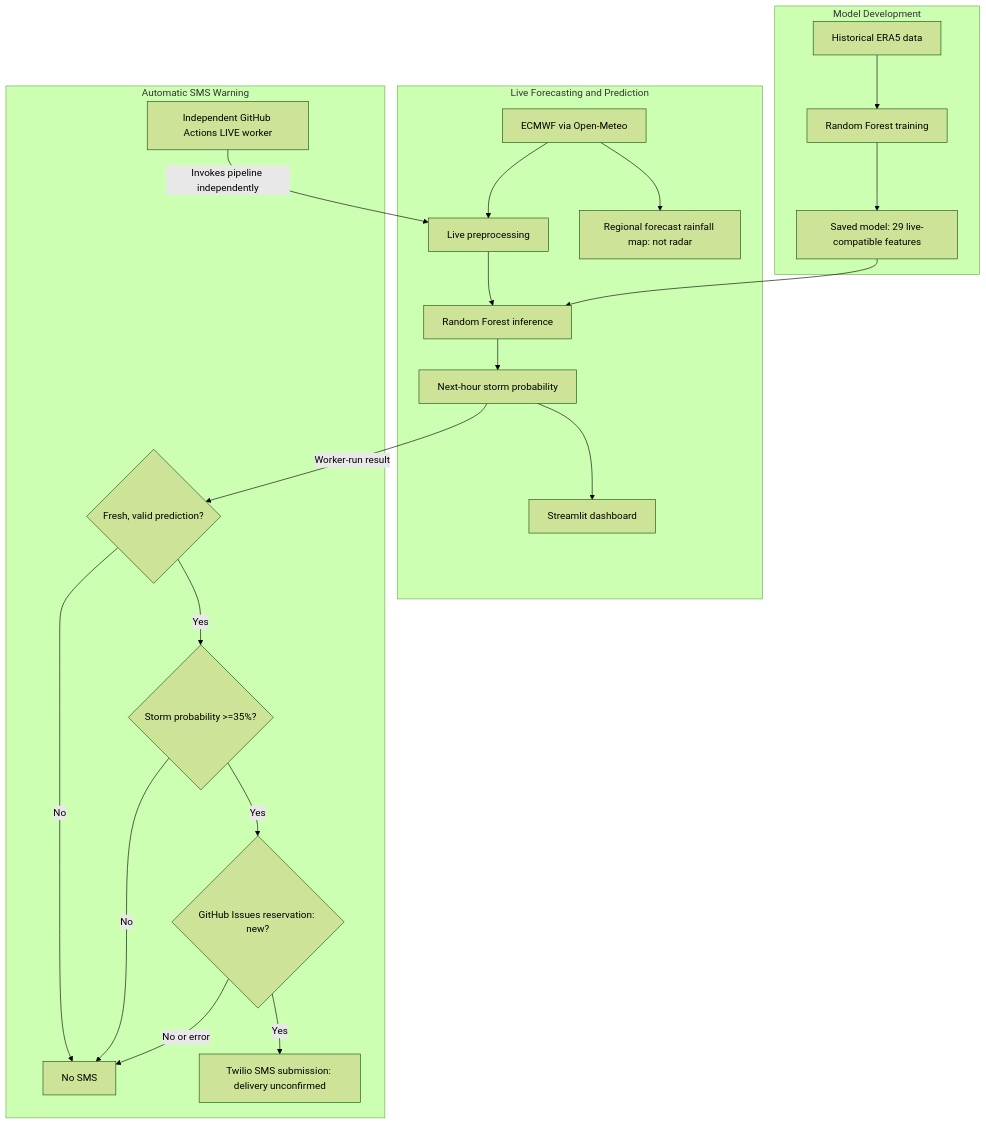
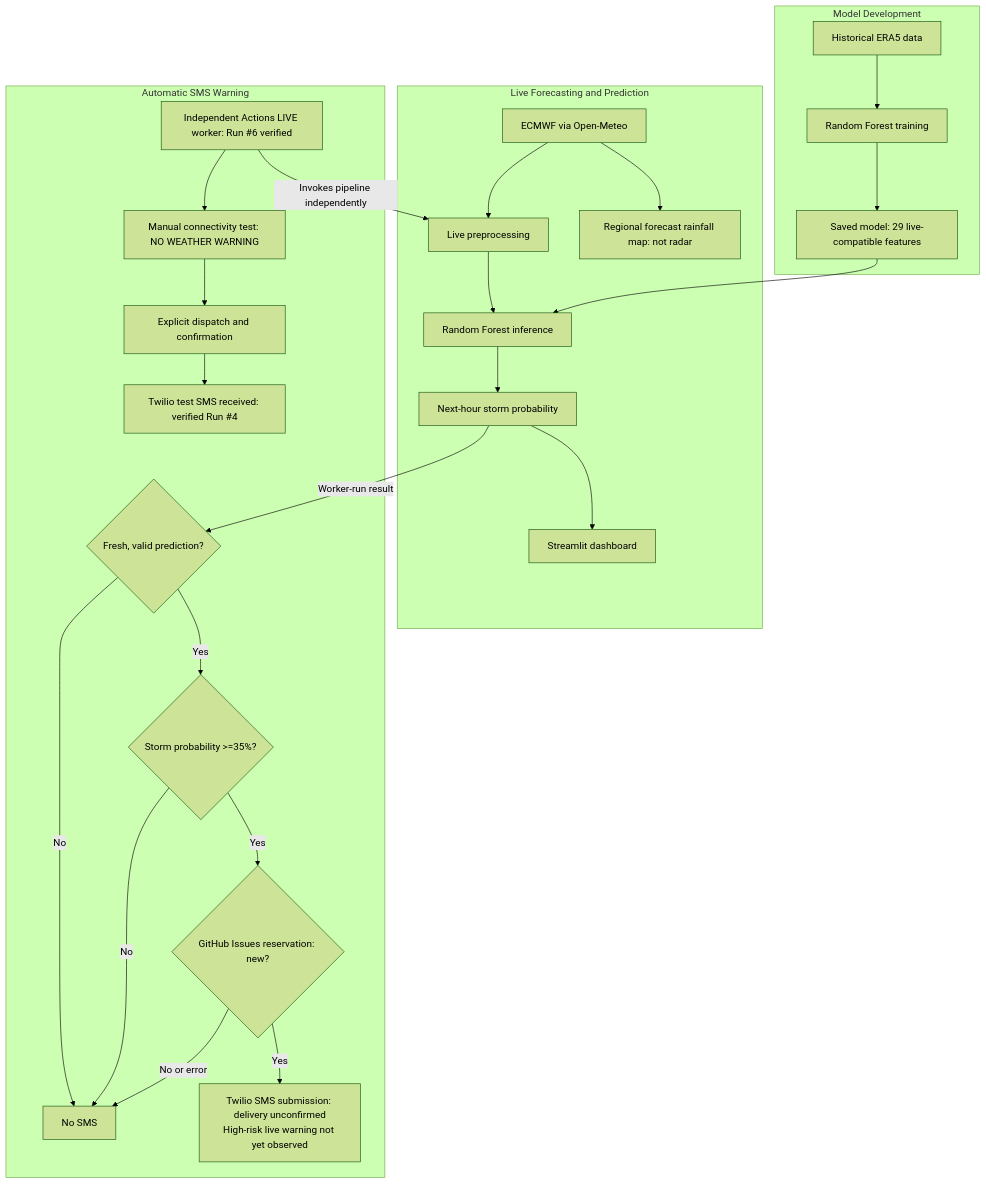
One commit to mdvar2/matatiele-storm-early-warning-system changed the diagram in README.md. Above: the diagram before and after it, drawn with Mermaid (forest theme).

Commit message:
Document verified SMS connectivity in architecture

````diff
--- a/README.md
+++ b/README.md
@@ -32,29 +32,32 @@
 ```mermaid
 flowchart TB
     subgraph Development["Model Development"]
         ERA5["Historical ERA5 data"] --> TRAIN["Random Forest training"]
         TRAIN --> MODEL["Saved model: 29 live-compatible features"]
     end
 
     subgraph Forecasting["Live Forecasting and Prediction"]
         ECMWF["ECMWF via Open-Meteo"] --> PREP["Live preprocessing"]
         PREP --> RF["Random Forest inference"]
         RF --> PROB["Next-hour storm probability"]
         PROB --> DASH["Streamlit dashboard"]
         ECMWF --> MAP["Regional forecast rainfall map: not radar"]
     end
     MODEL --> RF
 
     subgraph SMS["Automatic SMS Warning"]
-        WORKER["Independent GitHub Actions LIVE worker"]
+        WORKER["Independent Actions LIVE worker: Run #6 verified"]
+        WORKER --> TEST["Manual connectivity test: NO WEATHER WARNING"]
+        TEST --> AUTH["Explicit dispatch and confirmation"]
+        AUTH --> RECEIVED["Twilio test SMS received: verified Run #4"]
         VALID{"Fresh, valid prediction?"}
         VALID -->|Yes| THRESHOLD{"Storm probability >=35%?"}
         VALID -->|No| NONE["No SMS"]
         THRESHOLD -->|No| NONE
         THRESHOLD -->|Yes| RESERVE{"GitHub Issues reservation: new?"}
         RESERVE -->|No or error| NONE
-        RESERVE -->|Yes| TWILIO["Twilio SMS submission: delivery unconfirmed"]
+        RESERVE -->|Yes| TWILIO["Twilio SMS submission: delivery unconfirmed<br/>High-risk live warning not yet observed"]
     end
     WORKER -->|Invokes pipeline independently| PREP
     PROB -->|Worker-run result| VALID
 ```
````
